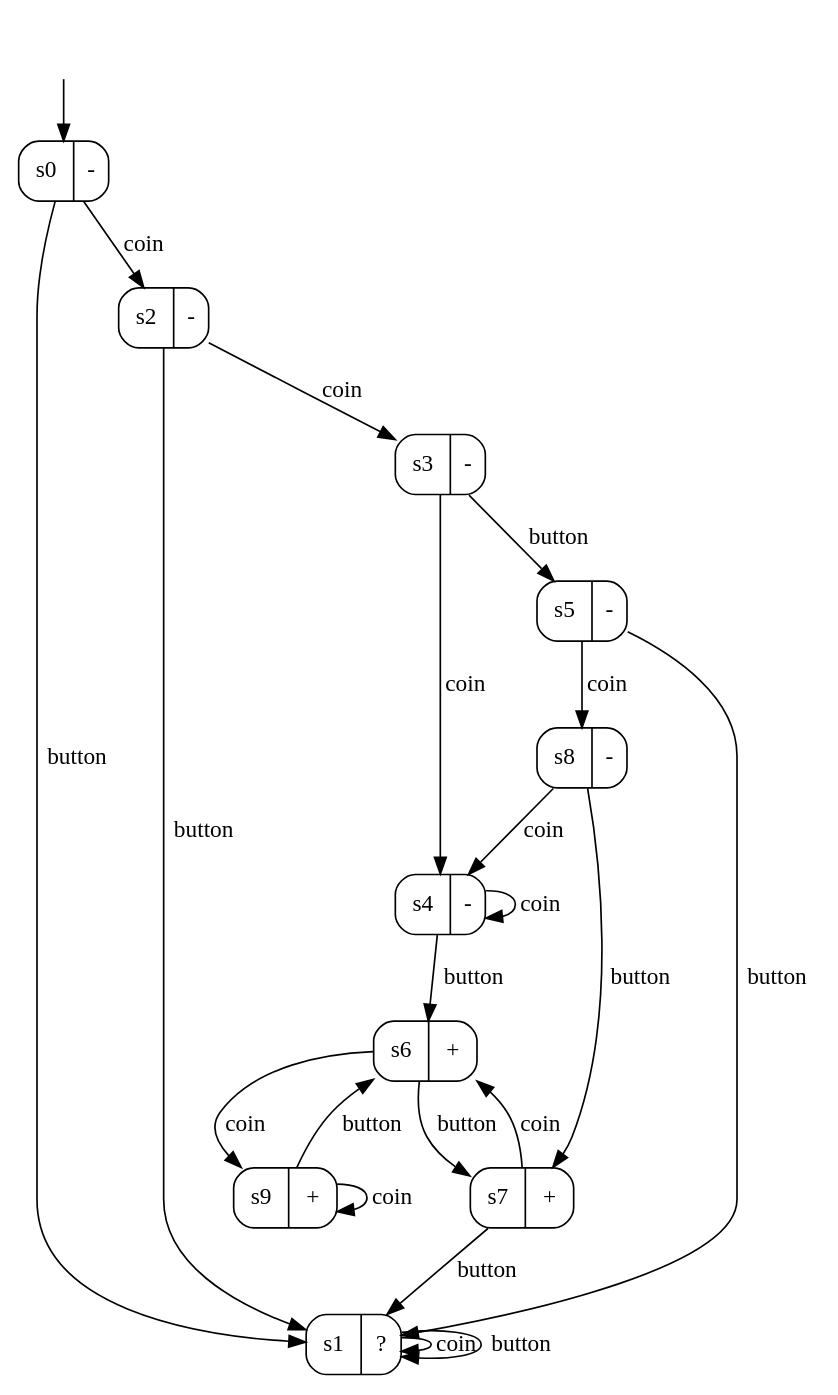
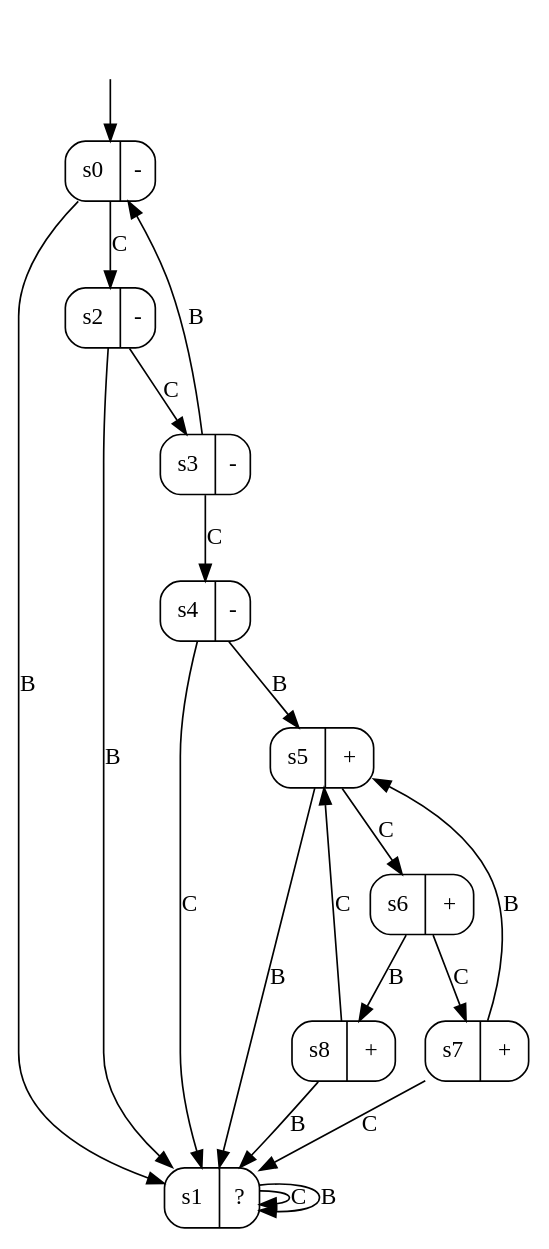
The diagram in output/coffee_dfa3.dot (tomyaacov/lstar_dont_care), drawn with Graphviz before and after one commit. The commit also changed 52 other files, not shown here.

```diff
--- a/output/coffee_dfa3.dot
+++ b/output/coffee_dfa3.dot
@@ -1,34 +1,31 @@
 digraph "output/coffee_dfa3" {
 s0 [label="s0|-", shape=record, style=rounded];
 s1 [label="s1|?", shape=record, style=rounded];
 s2 [label="s2|-", shape=record, style=rounded];
 s3 [label="s3|-", shape=record, style=rounded];
 s4 [label="s4|-", shape=record, style=rounded];
-s5 [label="s5|-", shape=record, style=rounded];
+s5 [label="s5|+", shape=record, style=rounded];
 s6 [label="s6|+", shape=record, style=rounded];
 s7 [label="s7|+", shape=record, style=rounded];
-s8 [label="s8|-", shape=record, style=rounded];
-s9 [label="s9|+", shape=record, style=rounded];
-s0 -> s2  [label=coin];
-s0 -> s1  [label=button];
-s1 -> s1  [label=coin];
-s1 -> s1  [label=button];
-s2 -> s3  [label=coin];
-s2 -> s1  [label=button];
-s3 -> s4  [label=coin];
-s3 -> s5  [label=button];
-s4 -> s4  [label=coin];
-s4 -> s6  [label=button];
-s5 -> s8  [label=coin];
-s5 -> s1  [label=button];
-s6 -> s9  [label=coin];
-s6 -> s7  [label=button];
-s7 -> s6  [label=coin];
-s7 -> s1  [label=button];
-s8 -> s4  [label=coin];
-s8 -> s7  [label=button];
-s9 -> s9  [label=coin];
-s9 -> s6  [label=button];
+s8 [label="s8|+", shape=record, style=rounded];
+s0 -> s2  [label=C];
+s0 -> s1  [label=B];
+s1 -> s1  [label=C];
+s1 -> s1  [label=B];
+s2 -> s3  [label=C];
+s2 -> s1  [label=B];
+s3 -> s4  [label=C];
+s3 -> s0  [label=B];
+s4 -> s1  [label=C];
+s4 -> s5  [label=B];
+s5 -> s6  [label=C];
+s5 -> s1  [label=B];
+s6 -> s7  [label=C];
+s6 -> s8  [label=B];
+s7 -> s1  [label=C];
+s7 -> s5  [label=B];
+s8 -> s5  [label=C];
+s8 -> s1  [label=B];
 __start0 [label="", shape=none];
 __start0 -> s0  [label=""];
 }
```
